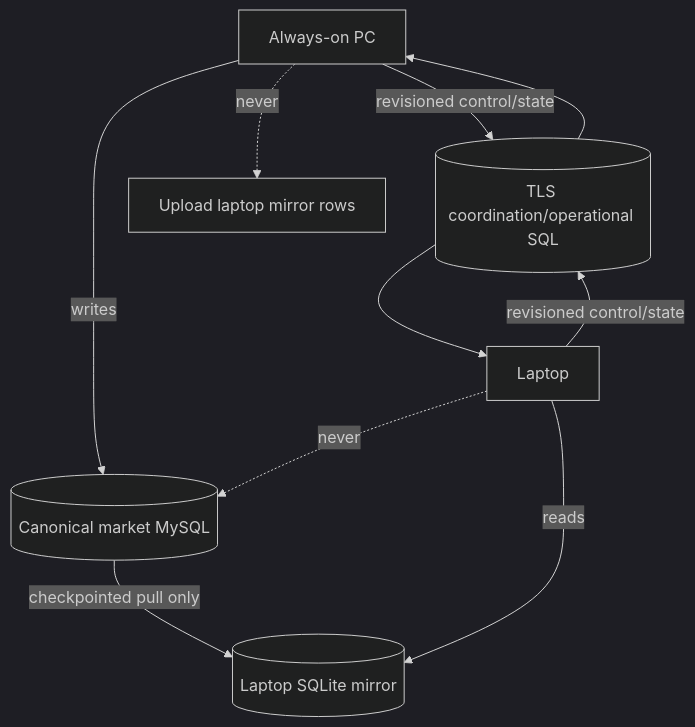
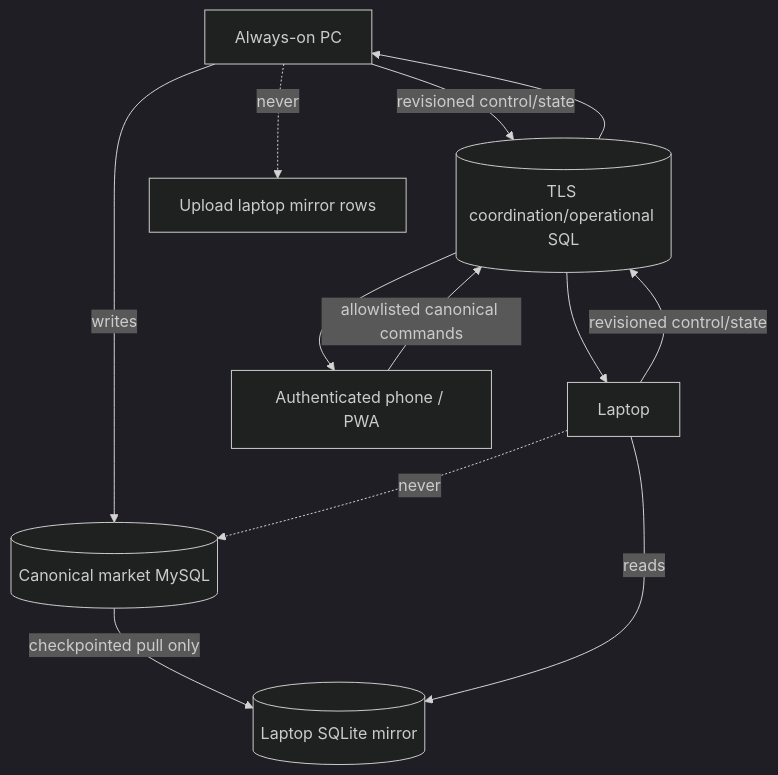
One commit to cafe-auvers/quant_app changed the diagram in docs/wiki/Synchronization.md. Above: the diagram before and after it, drawn with Mermaid (dark theme). The commit also changed other lines of this file and 42 other files, not shown here.

````diff
--- a/docs/wiki/Synchronization.md
+++ b/docs/wiki/Synchronization.md
@@ -6,14 +6,16 @@
 ```mermaid
 flowchart TB
     PC[Always-on PC] -->|writes| MySQL[(Canonical market MySQL)]
     MySQL -->|checkpointed pull only| Mirror[(Laptop SQLite mirror)]
     Laptop[Laptop] -->|reads| Mirror
 
     PC -->|revisioned control/state| Coord[(TLS coordination/operational SQL)]
     Laptop -->|revisioned control/state| Coord
+    Web[Authenticated phone / PWA] -->|allowlisted canonical commands| Coord
     Coord --> PC
     Coord --> Laptop
+    Coord --> Web
 
     PC -. never .-> Upload[Upload laptop mirror rows]
     Laptop -. never .-> MySQL
 ```
````
